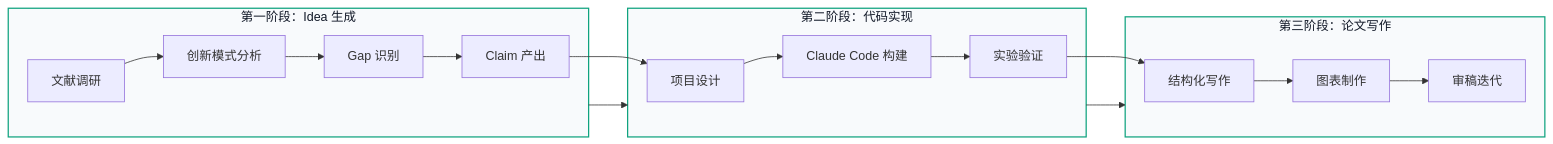
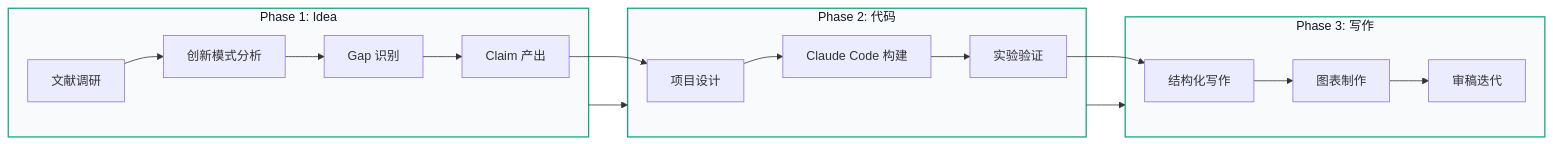
The diagram in src/content/docs/index.mdx (yiweinanzi/ai-research-ebook), drawn with Mermaid before and after one commit. The commit also changed 8 other files, not shown here.

First line of the commit message:
fix: mermaid diagrams - remove Chinese punctuation

````diff
--- a/src/content/docs/index.mdx
+++ b/src/content/docs/index.mdx
@@ -23,26 +23,26 @@
 ```mermaid
 flowchart LR
-    subgraph Phase1 ["第一阶段：Idea 生成"]
+    subgraph Phase1 ["Phase 1: Idea"]
         A[文献调研] --> B[创新模式分析]
         B --> C[Gap 识别]
         C --> D[Claim 产出]
     end
 
-    subgraph Phase2 ["第二阶段：代码实现"]
+    subgraph Phase2 ["Phase 2: 代码"]
         D --> E[项目设计]
         E --> F[Claude Code 构建]
         F --> G[实验验证]
     end
 
-    subgraph Phase3 ["第三阶段：论文写作"]
+    subgraph Phase3 ["Phase 3: 写作"]
         G --> H[结构化写作]
         H --> I[图表制作]
         I --> J[审稿迭代]
     end
 
     Phase1 --> Phase2
     Phase2 --> Phase3
 
     classDef phase fill:#f8fafc,stroke:#10a37f,stroke-width:1.6px,color:#111827
     class Phase1,Phase2,Phase3 phase
 ```
````
